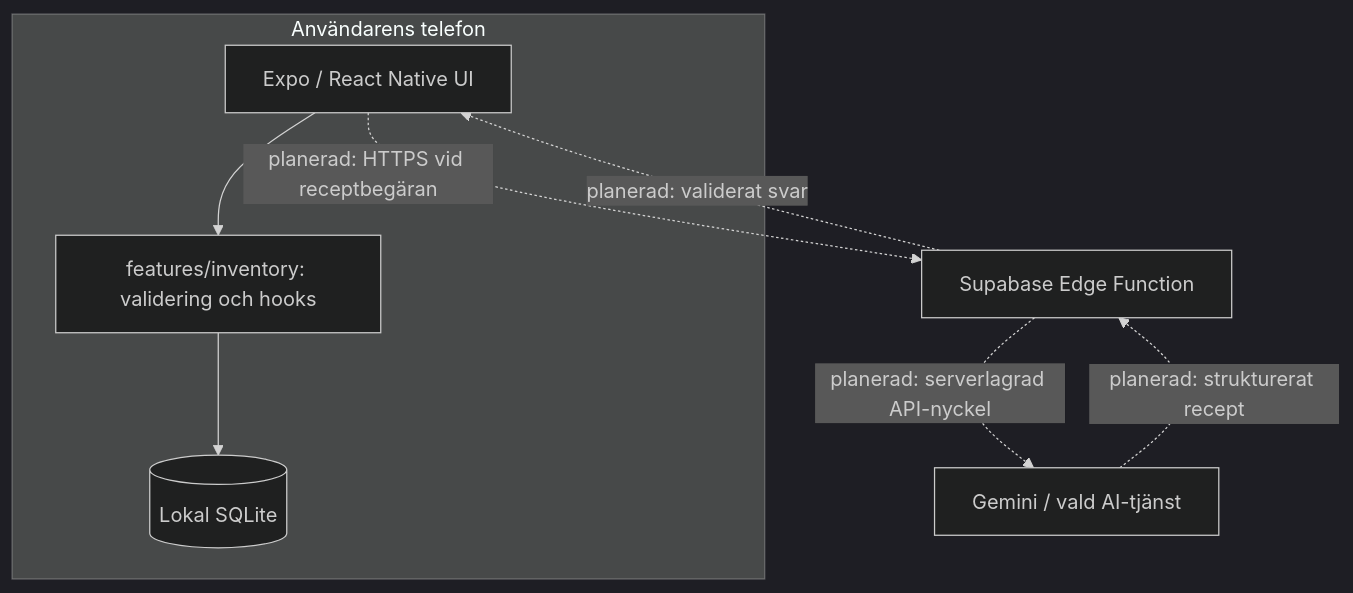
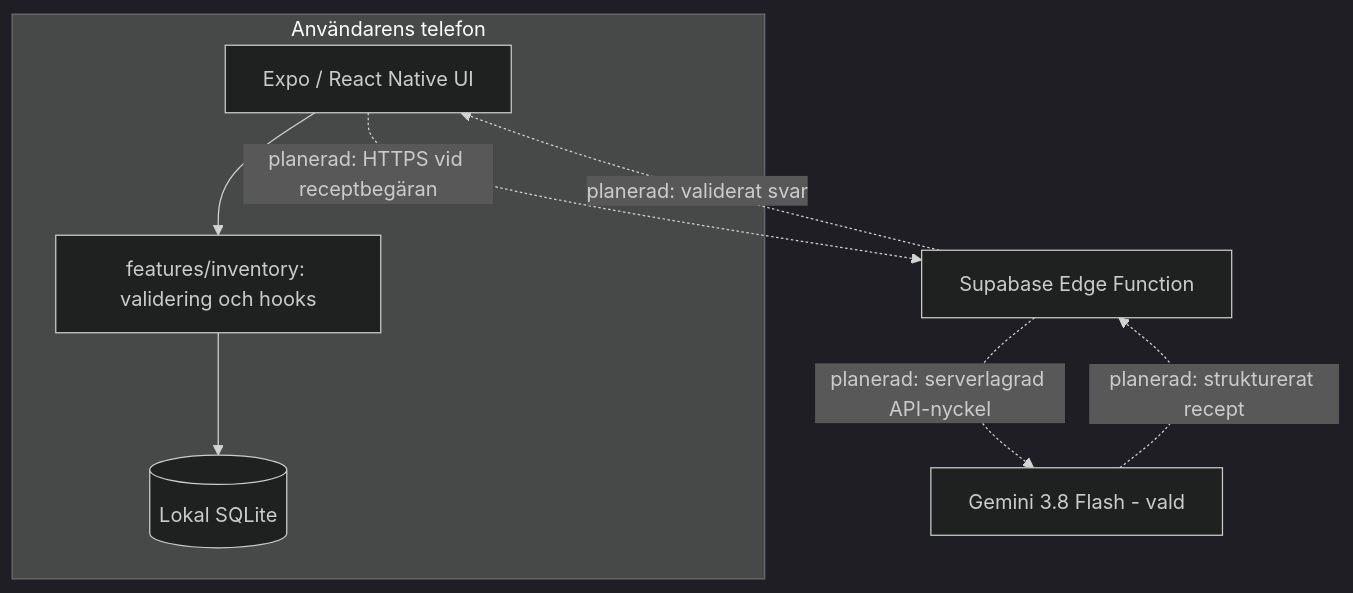
Before and after one commit to BnL-Studios/im-hungry: the diagram in README.md, drawn with Mermaid (dark theme). The commit also changed other lines of this file, not shown here.

````diff
--- a/README.md
+++ b/README.md
@@ -40,13 +40,13 @@
 ```mermaid
 flowchart TD
     subgraph Phone[Användarens telefon]
       App[Expo / React Native UI]
       Logic[features/inventory: validering och hooks]
       DB[(Lokal SQLite)]
       App --> Logic --> DB
     end
     App -.->|"planerad: HTTPS vid receptbegäran"| Edge[Supabase Edge Function]
-    Edge -.->|"planerad: serverlagrad API-nyckel"| AI[Gemini / vald AI-tjänst]
+    Edge -.->|"planerad: serverlagrad API-nyckel"| AI[Gemini 3.8 Flash - vald]
     AI -.->|"planerad: strukturerat recept"| Edge
     Edge -.->|"planerad: validerat svar"| App
 ```
````
